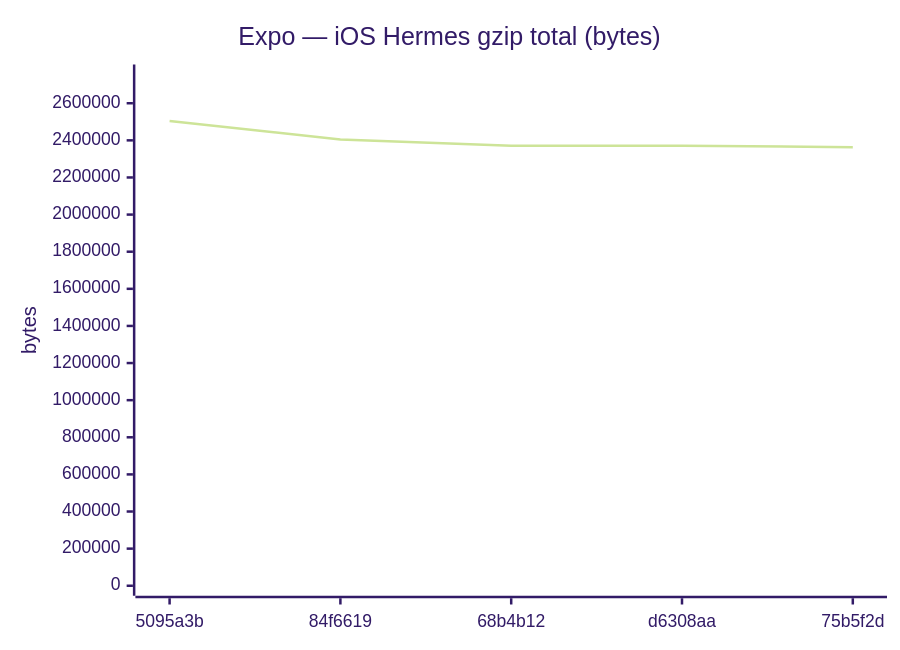
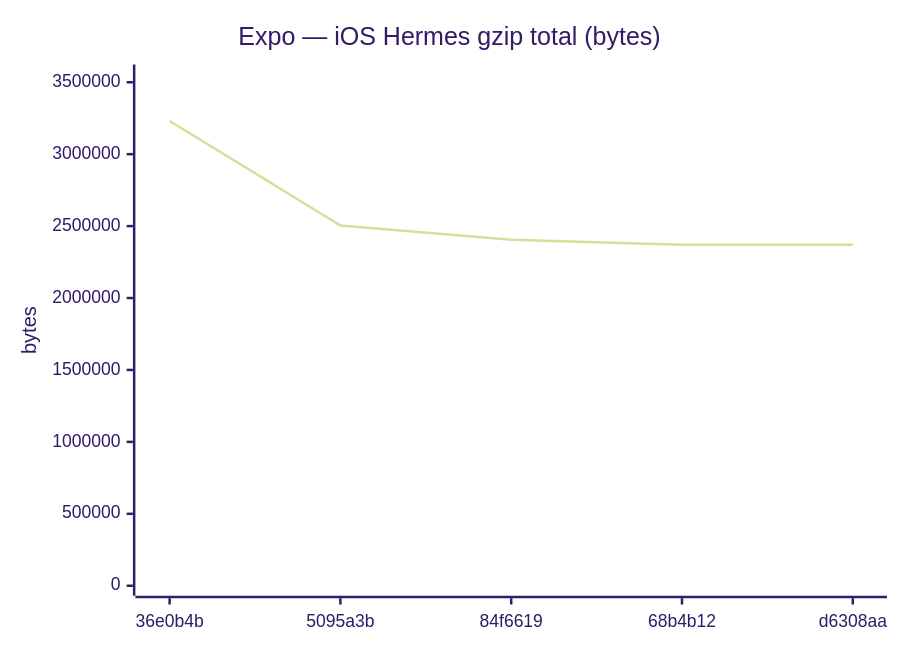
One commit to Metaheurist/Rianell changed diagram 12 of 18 in benchmarks/compare.md. Above: the diagram before and after it, drawn with Mermaid (forest theme). The commit also changed other lines of this file and 11 other files, not shown here.

````diff
--- a/benchmarks/compare.md
+++ b/benchmarks/compare.md
@@ -179,7 +179,7 @@
 ```mermaid
 xychart-beta
     title "Expo — iOS Hermes gzip total (bytes)"
-    x-axis ["5095a3b", "84f6619", "68b4b12", "d6308aa", "75b5f2d"]
-    y-axis "bytes" 0 --> 2754842
-    line [2504401, 2405024, 2370491, 2370493, 2363429]
+    x-axis ["36e0b4b", "5095a3b", "84f6619", "68b4b12", "d6308aa"]
+    y-axis "bytes" 0 --> 3553784
+    line [3230712, 2504401, 2405024, 2370491, 2370493]
 ```
````
